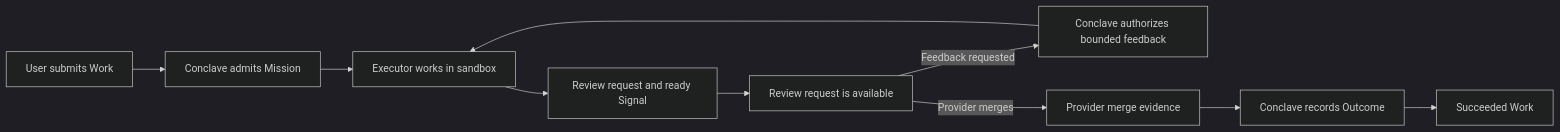
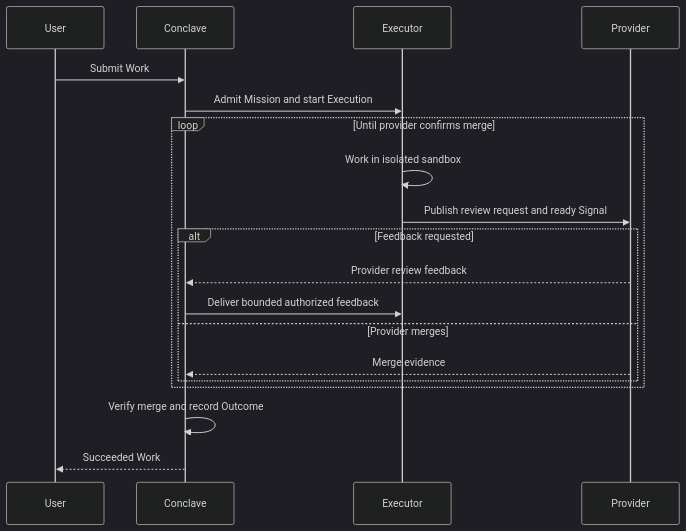
Before and after one commit to pesap/khala: the diagram in README.md, drawn with Mermaid (dark theme). The commit also changed other lines of this file and 4 other files, not shown here.

Commit message:
docs: adding mermaid diagrams.

````diff
--- a/README.md
+++ b/README.md
@@ -70,12 +97,22 @@
 ```mermaid
-flowchart LR
-    U[User submits Work] --> C[Conclave admits Mission]
-    C --> E[Executor works in sandbox]
-    E --> R[Review request and ready Signal]
-    R --> V[Review request is available]
-    V -->|Feedback requested| F[Conclave authorizes bounded feedback]
-    F --> E
-    V -->|Provider merges| M[Provider merge evidence]
-    M --> O[Conclave records Outcome]
-    O --> S[Succeeded Work]
+sequenceDiagram
+    participant U as User
+    participant C as Conclave
+    participant E as Executor
+    participant P as Provider
+
+    U->>C: Submit Work
+    C->>E: Admit Mission and start Execution
+    loop Until provider confirms merge
+        E->>E: Work in isolated sandbox
+        E->>P: Publish review request and ready Signal
+        alt Feedback requested
+            P-->>C: Provider review feedback
+            C->>E: Deliver bounded authorized feedback
+        else Provider merges
+            P-->>C: Merge evidence
+        end
+    end
+    C->>C: Verify merge and record Outcome
+    C-->>U: Succeeded Work
 ```
````
